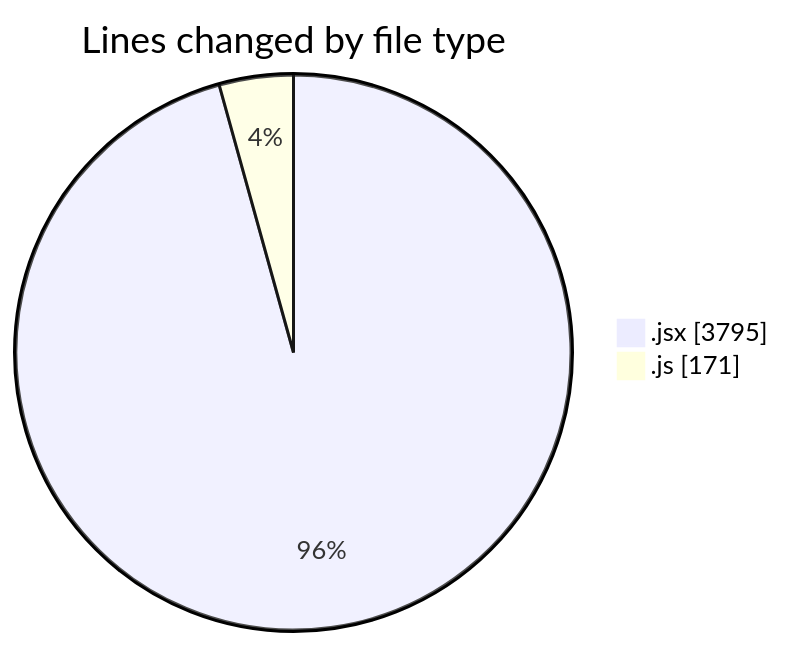
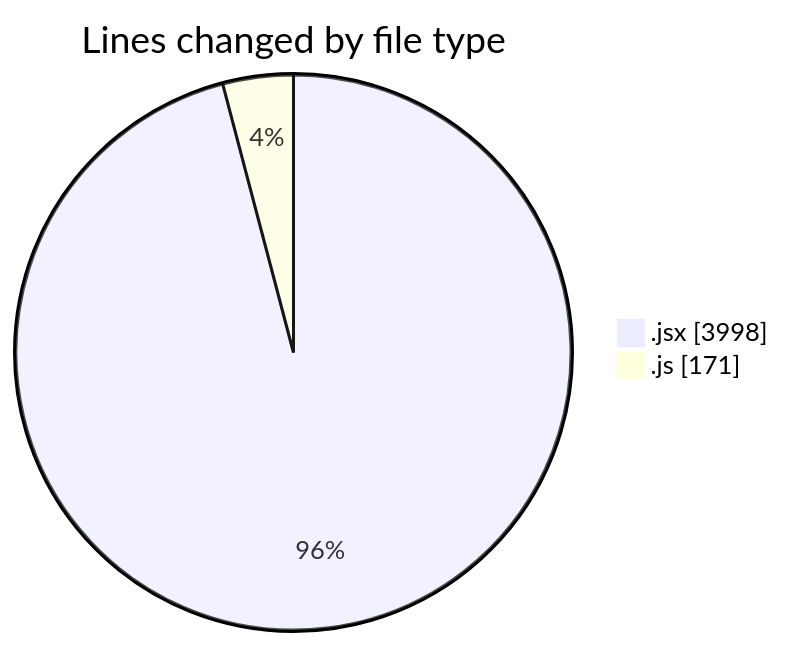
One commit to nxtqubesakshisongat/code-tracking changed the first of 2 diagrams in 2025-07-09/argos/README.md. Above: the diagram before and after it, drawn with Mermaid. The commit also changed other lines of this file and 1 other file, not shown here.

````diff
--- a/2025-07-09/argos/README.md
+++ b/2025-07-09/argos/README.md
@@ -25,6 +26,6 @@
 ```mermaid
 pie showData
 title Lines changed by file type
-".jsx" : 3795
+".jsx" : 3998
 ".js" : 171
 ```
````
